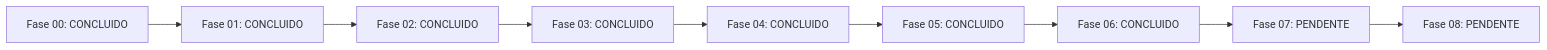
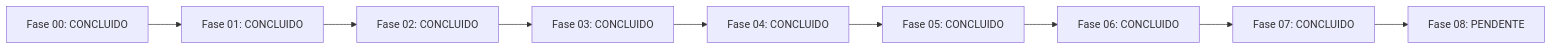
The diagram in JORNADA_IMPLEMENTACAO.md (jhsfhtls/semantic-bi-nl2sql-gateway), drawn with Mermaid before and after one commit. The commit also changed other lines of this file and 11 other files, not shown here.

````diff
--- a/JORNADA_IMPLEMENTACAO.md
+++ b/JORNADA_IMPLEMENTACAO.md
@@ -19,20 +19,20 @@
 ```mermaid
 flowchart LR
     F00["Fase 00: CONCLUIDO"]
     F01["Fase 01: CONCLUIDO"]
     F00 --> F01
     F02["Fase 02: CONCLUIDO"]
     F01 --> F02
     F03["Fase 03: CONCLUIDO"]
     F02 --> F03
     F04["Fase 04: CONCLUIDO"]
     F03 --> F04
     F05["Fase 05: CONCLUIDO"]
     F04 --> F05
     F06["Fase 06: CONCLUIDO"]
     F05 --> F06
-    F07["Fase 07: PENDENTE"]
+    F07["Fase 07: CONCLUIDO"]
     F06 --> F07
     F08["Fase 08: PENDENTE"]
     F07 --> F08
 ```
````
